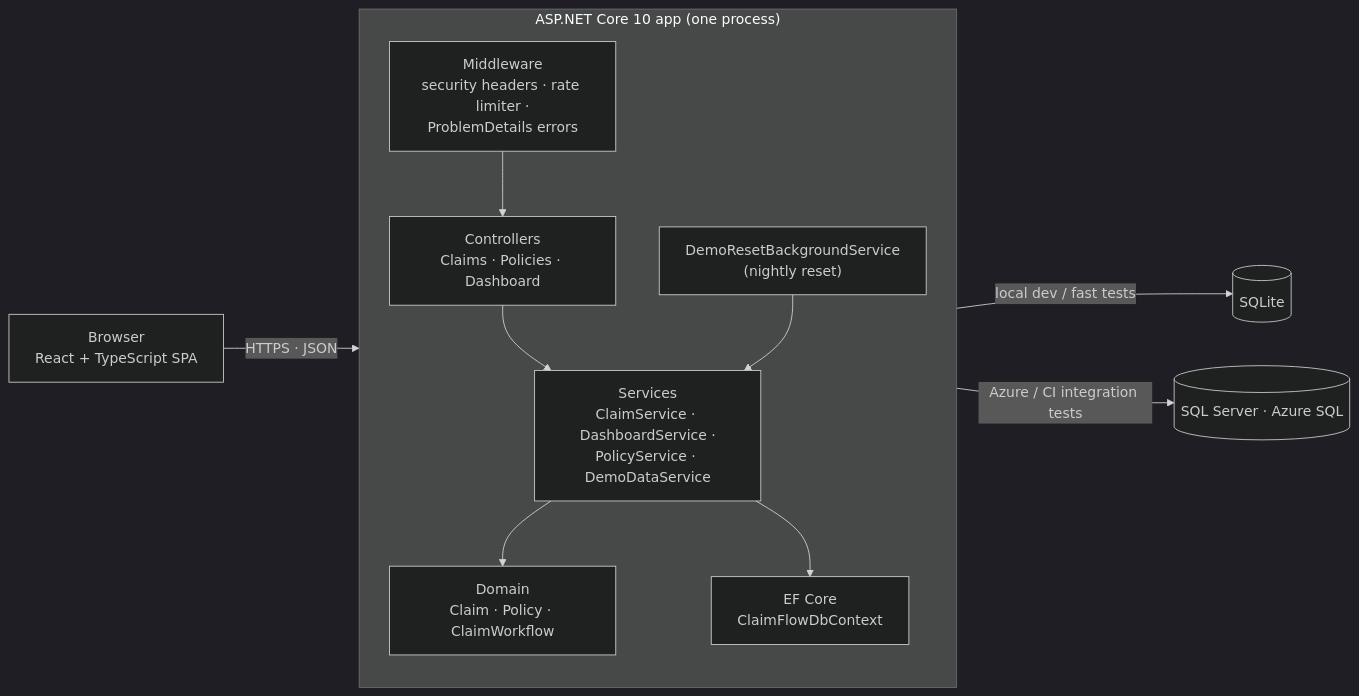
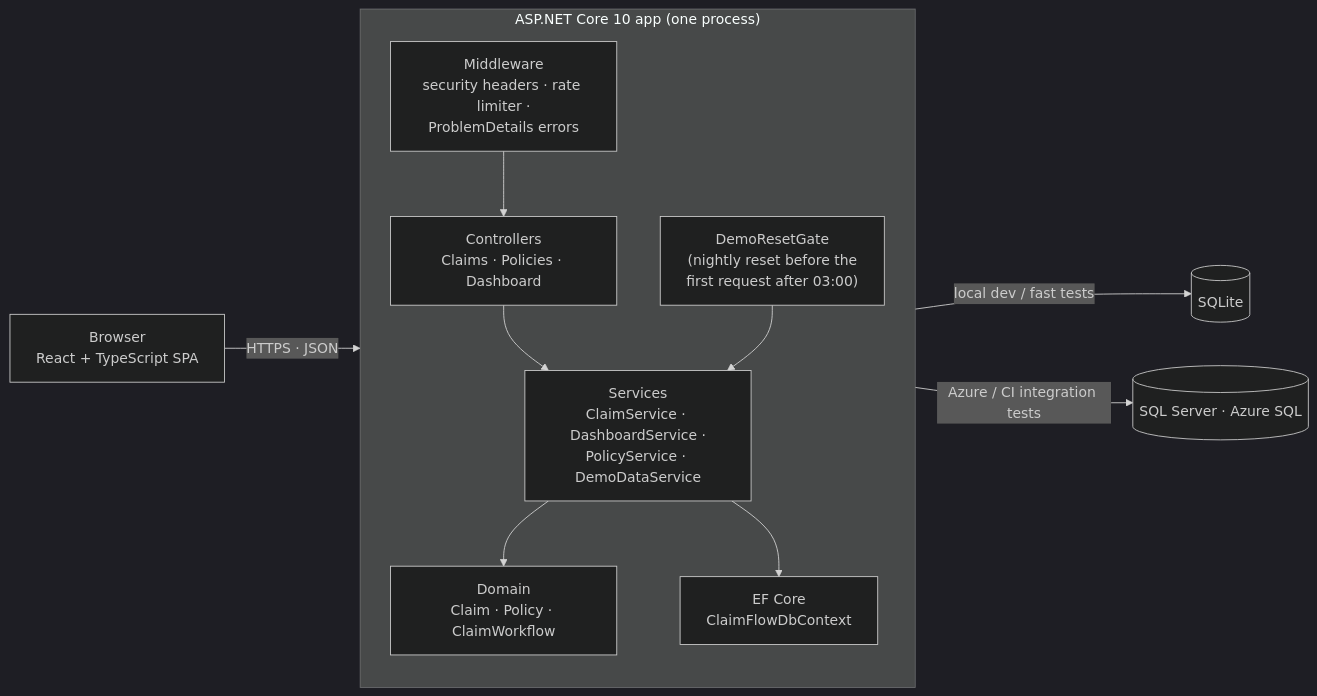
One commit to Ajmoylan/claimflow changed the first of 3 diagrams in README.md. Above: the diagram before and after it, drawn with Mermaid (dark theme). The commit also changed other lines of this file and 9 other files, not shown here.

First line of the commit message:
Make the nightly demo reset independent of the background process

````diff
--- a/README.md
+++ b/README.md
@@ -56,16 +56,16 @@
 ```mermaid
 flowchart LR
     Browser["Browser<br/>React + TypeScript SPA"] -->|"HTTPS · JSON"| Api
 
     subgraph Api["ASP.NET Core 10 app (one process)"]
         direction TB
         MW["Middleware<br/>security headers · rate limiter ·<br/>ProblemDetails errors"] --> C["Controllers<br/>Claims · Policies · Dashboard"]
         C --> S["Services<br/>ClaimService · DashboardService ·<br/>PolicyService · DemoDataService"]
         S --> D["Domain<br/>Claim · Policy · ClaimWorkflow"]
         S --> EF["EF Core<br/>ClaimFlowDbContext"]
-        BG["DemoResetBackgroundService<br/>(nightly reset)"] --> S
+        GATE["DemoResetGate<br/>(nightly reset before the<br/>first request after 03:00)"] --> S
     end
 
     EF -->|"local dev / fast tests"| SQLite[(SQLite)]
     EF -->|"Azure / CI integration tests"| SQL[(SQL Server · Azure SQL)]
 ```
````
